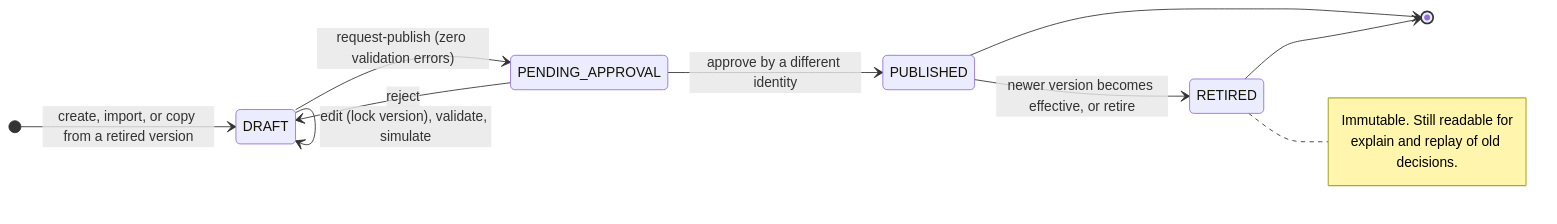
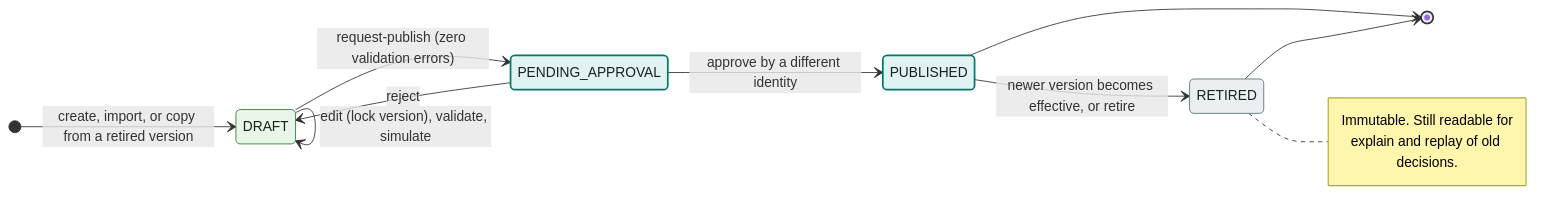
The diagram in wiki/diagrams/version-lifecycle.mmd (dhluong90/horus-Agentic-BPM), drawn with Mermaid before and after one commit. The commit also changed 99 other files, not shown here.

First line of the commit message:
docs(wiki): shared diagram palette, 4-zone views, cockpit diagrams and evaluator pages

```diff
--- a/wiki/diagrams/version-lifecycle.mmd
+++ b/wiki/diagrams/version-lifecycle.mmd
@@ -1,14 +1,20 @@
 stateDiagram-v2
   direction LR
+  classDef host fill:#E8F5E9,stroke:#2E7D32,color:#16231F
+  classDef engine fill:#E0F2F1,stroke:#00796B,stroke-width:2px,color:#16231F
+  classDef obs fill:#ECEFF1,stroke:#546E7A,color:#16231F
   [*] --> DRAFT: create, import, or copy from a retired version
   DRAFT --> DRAFT: edit (lock version), validate, simulate
   DRAFT --> PENDING_APPROVAL: request-publish (zero validation errors)
   PENDING_APPROVAL --> DRAFT: reject
   PENDING_APPROVAL --> PUBLISHED: approve by a different identity
   PUBLISHED --> RETIRED: newer version becomes effective, or retire
   PUBLISHED --> [*]
   RETIRED --> [*]
   note right of RETIRED
     Immutable. Still readable for
     explain and replay of old decisions.
   end note
+  class DRAFT host
+  class PENDING_APPROVAL,PUBLISHED engine
+  class RETIRED obs
```
